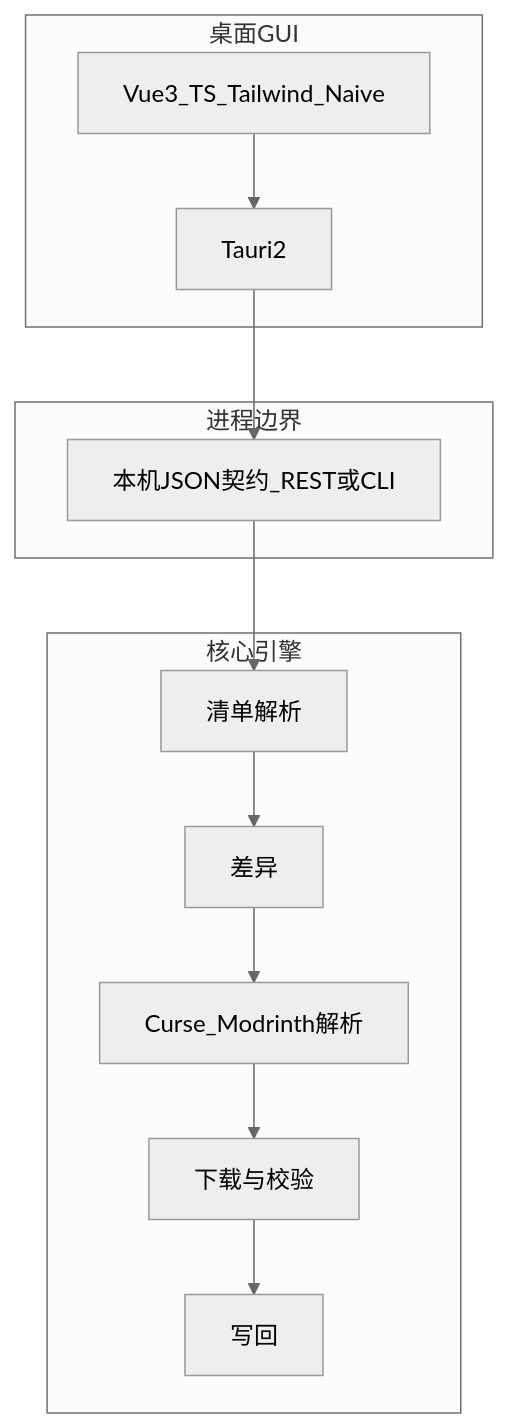
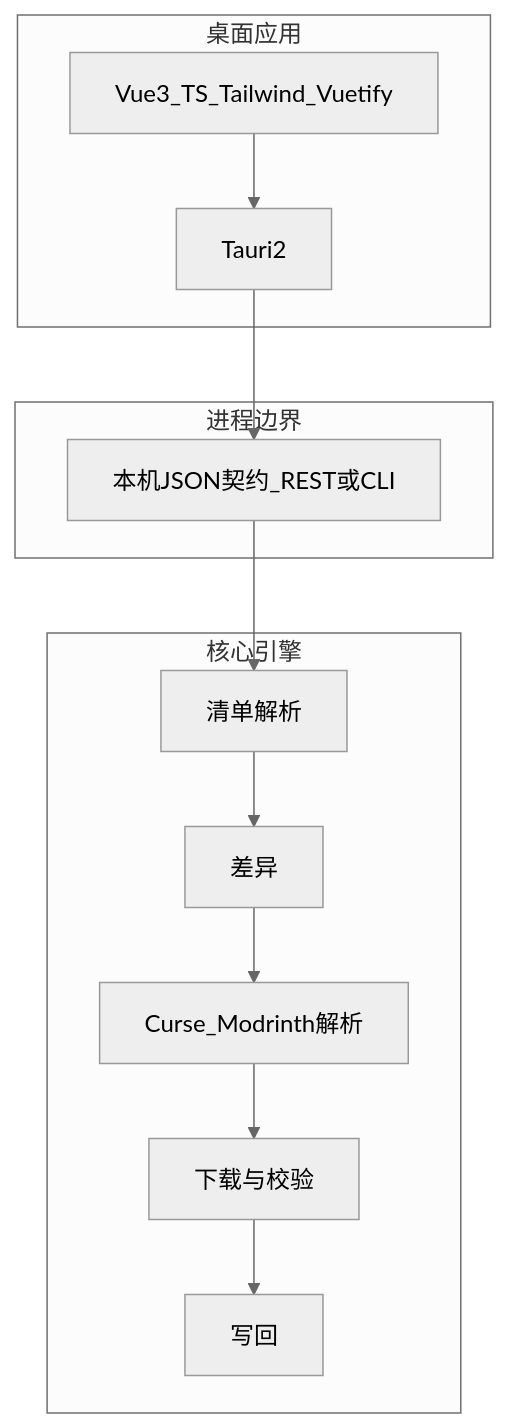
Before and after one commit to Lexcubia/Minecraft-Utilities: the diagram in docs/ARCHITECTURE.md, drawn with Mermaid (neutral theme). The commit also changed other lines of this file and 81 other files, not shown here.

````diff
--- a/docs/ARCHITECTURE.md
+++ b/docs/ARCHITECTURE.md
@@ -12,24 +12,24 @@
 ```mermaid
 flowchart TB
-  subgraph modpack_gui [桌面GUI]
-    VueUI[Vue3_TS_Tailwind_Naive]
+  subgraph desktop_app [桌面应用]
+    VueUI[Vue3_TS_Tailwind_Vuetify]
     TauriShell[Tauri2]
     VueUI --> TauriShell
   end
   subgraph bridge [进程边界]
     JsonApi[本机JSON契约_REST或CLI]
   end
   subgraph core [核心引擎]
     Parser[清单解析]
     Resolver[Curse_Modrinth解析]
     DiffEngine[差异]
     Downloader[下载与校验]
     Writer[写回]
   end
   TauriShell --> JsonApi
   JsonApi --> Parser
   Parser --> DiffEngine
   DiffEngine --> Resolver
   Resolver --> Downloader
   Downloader --> Writer
 ```
````
